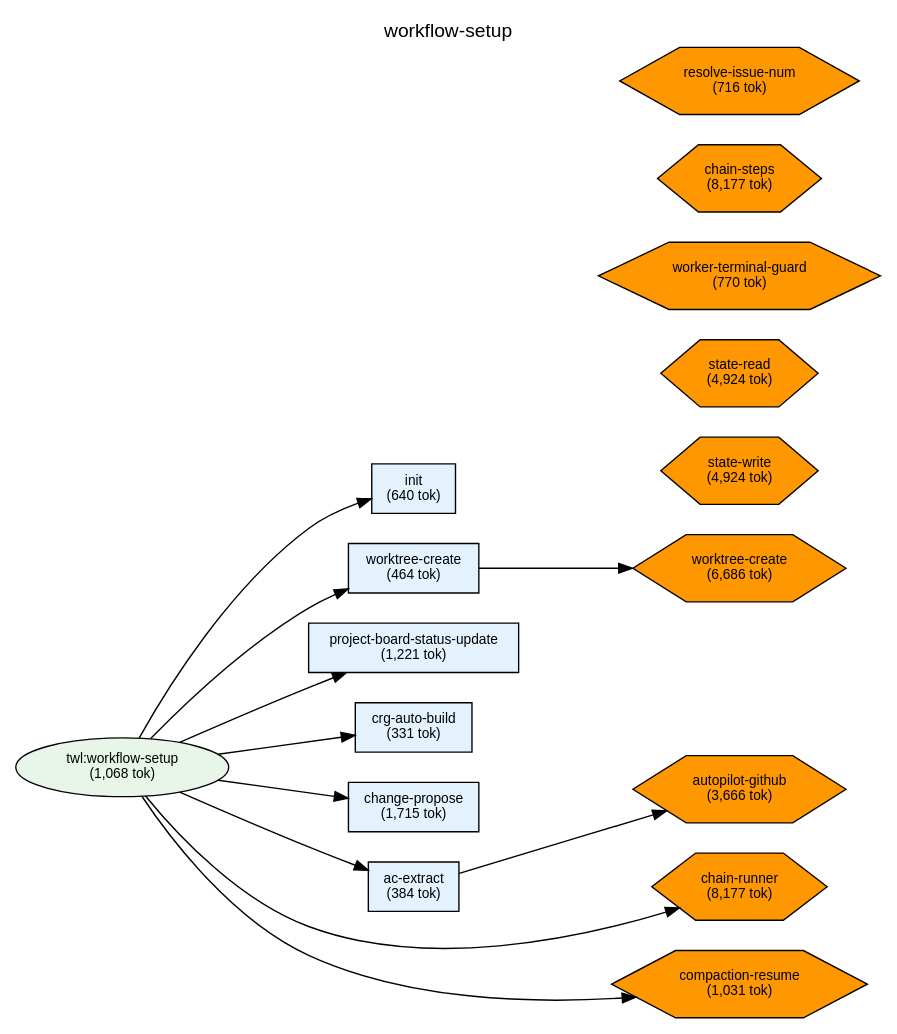
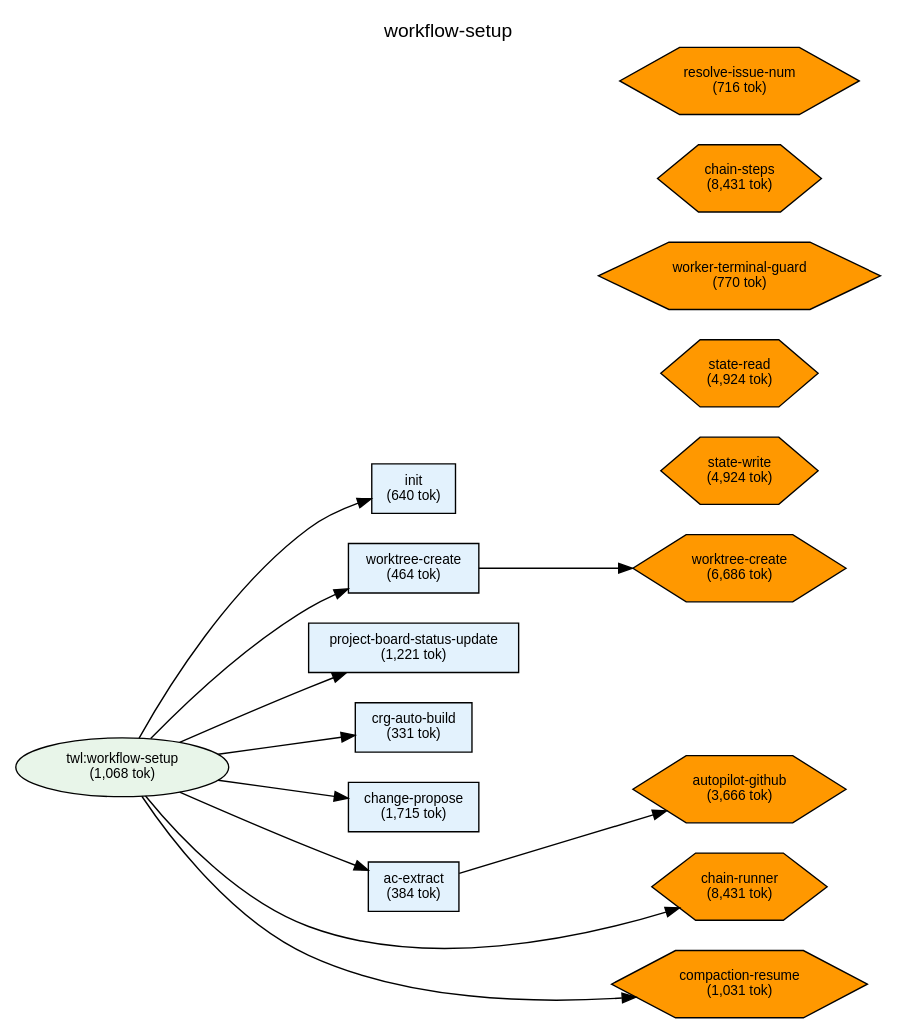
One commit to shuu5/twill changed the diagram in plugins/twl/docs/deps-workflow-setup.dot. Above: the diagram before and after it, drawn with Graphviz. The commit also changed 22 other files, not shown here.

```diff
--- a/plugins/twl/docs/deps-workflow-setup.dot
+++ b/plugins/twl/docs/deps-workflow-setup.dot
@@ -1,79 +1,79 @@
 digraph Dependencies {
     // Graph settings
     rankdir=LR;
     ranksep=0.8;
     nodesep=0.3;
     fontname="Helvetica";
     node [fontname="Helvetica", fontsize=10];
     edge [fontname="Helvetica", fontsize=9];
     label="workflow-setup";
     labelloc=t;
     fontsize=14;
 
     // L0: Controller Skills
 
     // L0: Launchers
 
     // L0.5: Workflow Skills
     skill_workflow_setup [label="twl:workflow-setup\n(1,068 tok)", shape=ellipse, style=filled, fillcolor="#e8f5e9"];
 
     // Reference Skills
 
     // L1: Direct Commands
     cmd_init [label="init\n(640 tok)", shape=box, style=filled, fillcolor="#e3f2fd"];
     cmd_worktree_create [label="worktree-create\n(464 tok)", shape=box, style=filled, fillcolor="#e3f2fd"];
     cmd_project_board_status_update [label="project-board-status-update\n(1,221 tok)", shape=box, style=filled, fillcolor="#e3f2fd"];
     cmd_crg_auto_build [label="crg-auto-build\n(331 tok)", shape=box, style=filled, fillcolor="#e3f2fd"];
     cmd_change_propose [label="change-propose\n(1,715 tok)", shape=box, style=filled, fillcolor="#e3f2fd"];
     cmd_ac_extract [label="ac-extract\n(384 tok)", shape=box, style=filled, fillcolor="#e3f2fd"];
 
     // L2: Sub Commands
 
     // L3: Agents
 
     // L3.5: Scripts
     script_state_read [label="state-read\n(4,924 tok)", shape=hexagon, style=filled, fillcolor="#FF9800"];
     script_state_write [label="state-write\n(4,924 tok)", shape=hexagon, style=filled, fillcolor="#FF9800"];
-    script_chain_runner [label="chain-runner\n(8,177 tok)", shape=hexagon, style=filled, fillcolor="#FF9800"];
+    script_chain_runner [label="chain-runner\n(8,431 tok)", shape=hexagon, style=filled, fillcolor="#FF9800"];
     script_worker_terminal_guard [label="worker-terminal-guard\n(770 tok)", shape=hexagon, style=filled, fillcolor="#FF9800"];
     script_worktree_create [label="worktree-create\n(6,686 tok)", shape=hexagon, style=filled, fillcolor="#FF9800"];
     script_autopilot_github [label="autopilot-github\n(3,666 tok)", shape=hexagon, style=filled, fillcolor="#FF9800"];
-    script_chain_steps [label="chain-steps\n(8,177 tok)", shape=hexagon, style=filled, fillcolor="#FF9800"];
+    script_chain_steps [label="chain-steps\n(8,431 tok)", shape=hexagon, style=filled, fillcolor="#FF9800"];
     script_compaction_resume [label="compaction-resume\n(1,031 tok)", shape=hexagon, style=filled, fillcolor="#FF9800"];
     script_resolve_issue_num [label="resolve-issue-num\n(716 tok)", shape=hexagon, style=filled, fillcolor="#FF9800"];
 
     // L4: External
 
     // Layer constraints
     { rank=same; skill_workflow_setup; }
     { rank=same; cmd_init; cmd_worktree_create; cmd_project_board_status_update; cmd_crg_auto_build; cmd_change_propose; cmd_ac_extract; }
     { rank=same; script_state_read; script_state_write; script_chain_runner; script_worker_terminal_guard; script_worktree_create; script_autopilot_github; script_chain_steps; script_compaction_resume; script_resolve_issue_num; }
 
     // Edges
     skill_workflow_setup -> cmd_init;
     skill_workflow_setup -> cmd_worktree_create;
     skill_workflow_setup -> cmd_project_board_status_update;
     skill_workflow_setup -> cmd_crg_auto_build;
     skill_workflow_setup -> cmd_change_propose;
     skill_workflow_setup -> cmd_ac_extract;
     skill_workflow_setup -> script_chain_runner;
     skill_workflow_setup -> script_compaction_resume;
     cmd_worktree_create -> script_worktree_create;
     cmd_ac_extract -> script_autopilot_github;
 
     // Ordering constraints (invisible edges)
     cmd_init -> cmd_worktree_create [style=invis, weight=10];
     cmd_worktree_create -> cmd_project_board_status_update [style=invis, weight=10];
     cmd_project_board_status_update -> cmd_crg_auto_build [style=invis, weight=10];
     cmd_crg_auto_build -> cmd_change_propose [style=invis, weight=10];
     cmd_change_propose -> cmd_ac_extract [style=invis, weight=10];
     cmd_ac_extract -> script_chain_runner [style=invis, weight=10];
     script_chain_runner -> script_compaction_resume [style=invis, weight=10];
     script_chain_runner -> script_compaction_resume [style=invis, weight=10];
     script_chain_runner -> script_compaction_resume [style=invis, weight=10];
     script_chain_runner -> script_compaction_resume [style=invis, weight=10];
     script_state_read -> script_state_write [style=invis, weight=10];
     script_state_read -> script_state_write [style=invis, weight=10];
     script_state_read -> script_state_write [style=invis, weight=10];
 
 }
```
